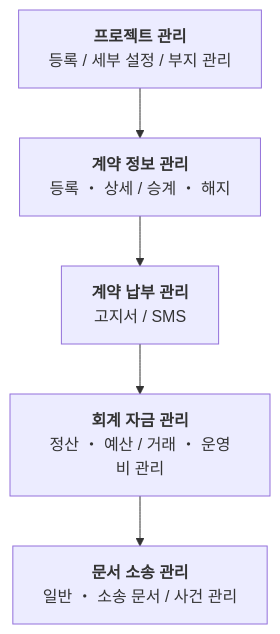
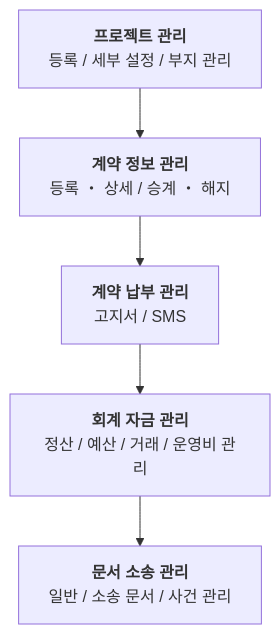
Before and after one commit to nc2U/ibs: the diagram in app/vue/docs/intro/getting-started.md, drawn with Mermaid.

````diff
--- a/app/vue/docs/intro/getting-started.md
+++ b/app/vue/docs/intro/getting-started.md
@@ -21,9 +21,9 @@
 ```mermaid
 graph TD
 A[<strong>프로젝트 관리</strong><br/>등록 / 세부 설정 / 부지 관리]
 B[<strong>계약 정보 관리</strong><br/>등록 ・ 상세 / 승계 ・ 해지]
 C[<strong>계약 납부 관리</strong><br/>고지서 / SMS]
-D[<strong>회계 자금 관리</strong><br/>정산 ・ 예산 / 거래 ・ 운영비 관리]
-E[<strong>문서 소송 관리</strong><br/>일반 ・ 소송 문서 / 사건 관리]
+D[<strong>회계 자금 관리</strong><br/>정산 / 예산 / 거래 / 운영비 관리]
+E[<strong>문서 소송 관리</strong><br/>일반 / 소송 문서 / 사건 관리]
 A --> B --> C --> D --> E
 ```
````
